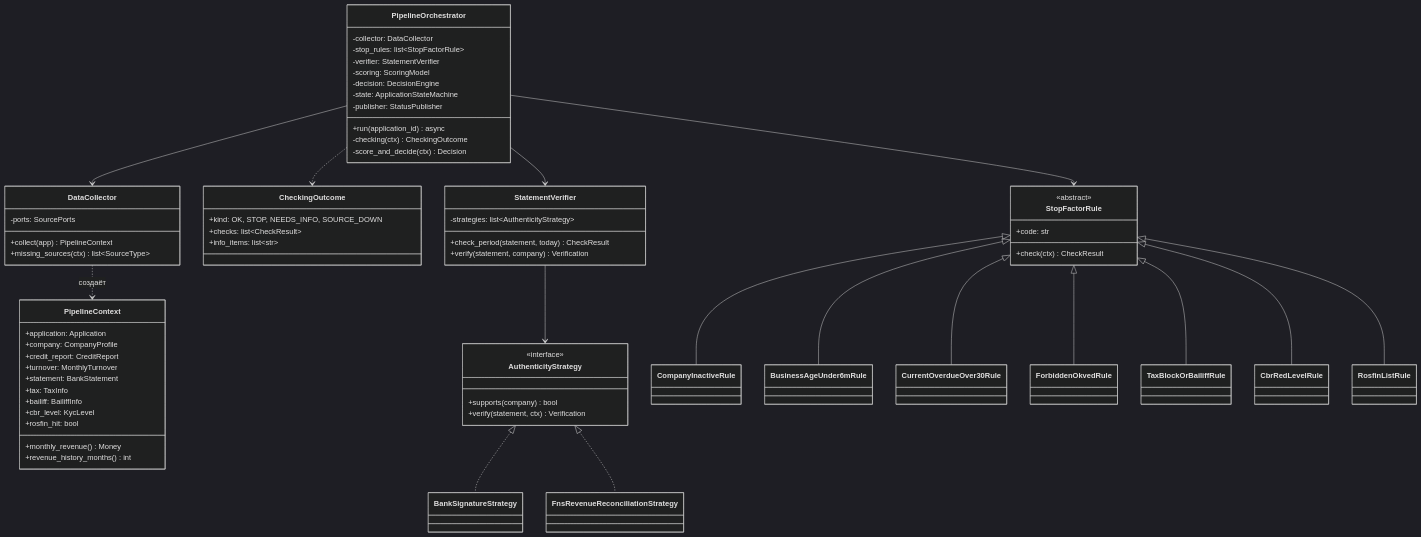
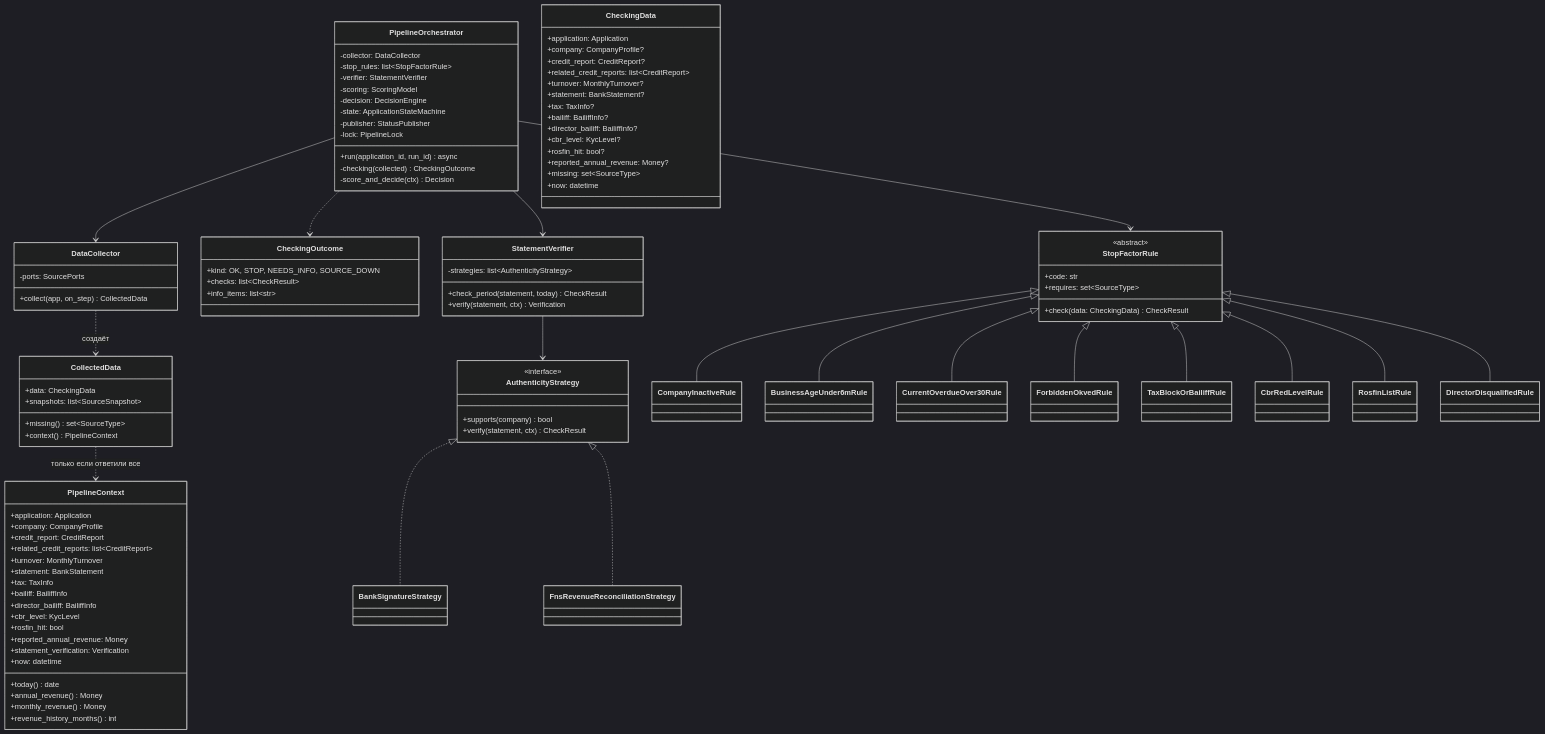
One commit to djentelmanick/alfa-hack-2026-credit-conveyor changed the fifth of 11 diagrams in backend/docs/BACKEND_SPEC.md. Above: the diagram before and after it, drawn with Mermaid (dark theme). The commit also changed other lines of this file and 189 other files, not shown here.

```diff
--- a/backend/docs/BACKEND_SPEC.md
+++ b/backend/docs/BACKEND_SPEC.md
@@ -497,25 +592,54 @@
   -decision: DecisionEngine
   -state: ApplicationStateMachine
   -publisher: StatusPublisher
-  +run(application_id) async
-  -checking(ctx) CheckingOutcome
+  -lock: PipelineLock
+  +run(application_id, run_id) async
+  -checking(collected) CheckingOutcome
   -score_and_decide(ctx) Decision
 }
 class DataCollector {
   -ports: SourcePorts
-  +collect(app) PipelineContext
-  +missing_sources(ctx) list~SourceType~
+  +collect(app, on_step) CollectedData
+}
+class CollectedData {
+  +data: CheckingData
+  +snapshots: list~SourceSnapshot~
+  +missing() set~SourceType~
+  +context() PipelineContext
+}
+class CheckingData {
+  +application: Application
+  +company: CompanyProfile?
+  +credit_report: CreditReport?
+  +related_credit_reports: list~CreditReport~
+  +turnover: MonthlyTurnover?
+  +statement: BankStatement?
+  +tax: TaxInfo?
+  +bailiff: BailiffInfo?
+  +director_bailiff: BailiffInfo?
+  +cbr_level: KycLevel?
+  +rosfin_hit: bool?
+  +reported_annual_revenue: Money?
+  +missing: set~SourceType~
+  +now: datetime
 }
 class PipelineContext {
   +application: Application
   +company: CompanyProfile
   +credit_report: CreditReport
+  +related_credit_reports: list~CreditReport~
   +turnover: MonthlyTurnover
   +statement: BankStatement
   +tax: TaxInfo
   +bailiff: BailiffInfo
+  +director_bailiff: BailiffInfo
   +cbr_level: KycLevel
   +rosfin_hit: bool
+  +reported_annual_revenue: Money
+  +statement_verification: Verification
+  +now: datetime
+  +today() date
+  +annual_revenue() Money
   +monthly_revenue() Money
   +revenue_history_months() int
 }
@@ -527,22 +651,24 @@
 class StopFactorRule {
   <<abstract>>
   +code: str
-  +check(ctx) CheckResult
+  +requires: set~SourceType~
+  +check(data: CheckingData) CheckResult
 }
 class StatementVerifier {
   -strategies: list~AuthenticityStrategy~
   +check_period(statement, today) CheckResult
-  +verify(statement, company) Verification
+  +verify(statement, ctx) Verification
 }
 class AuthenticityStrategy {
   <<interface>>
   +supports(company) bool
-  +verify(statement, ctx) Verification
+  +verify(statement, ctx) CheckResult
 }
 PipelineOrchestrator --> DataCollector
 PipelineOrchestrator --> StopFactorRule
 PipelineOrchestrator --> StatementVerifier
-DataCollector ..> PipelineContext : создаёт
+DataCollector ..> CollectedData : создаёт
+CollectedData ..> PipelineContext : только если ответили все
 PipelineOrchestrator ..> CheckingOutcome
 StopFactorRule <|-- CompanyInactiveRule
 StopFactorRule <|-- BusinessAgeUnder6mRule
@@ -551,6 +677,7 @@
 StopFactorRule <|-- TaxBlockOrBailiffRule
 StopFactorRule <|-- CbrRedLevelRule
 StopFactorRule <|-- RosfinListRule
+StopFactorRule <|-- DirectorDisqualifiedRule
 StatementVerifier --> AuthenticityStrategy
 AuthenticityStrategy <|.. BankSignatureStrategy
 AuthenticityStrategy <|.. FnsRevenueReconciliationStrategy
```
